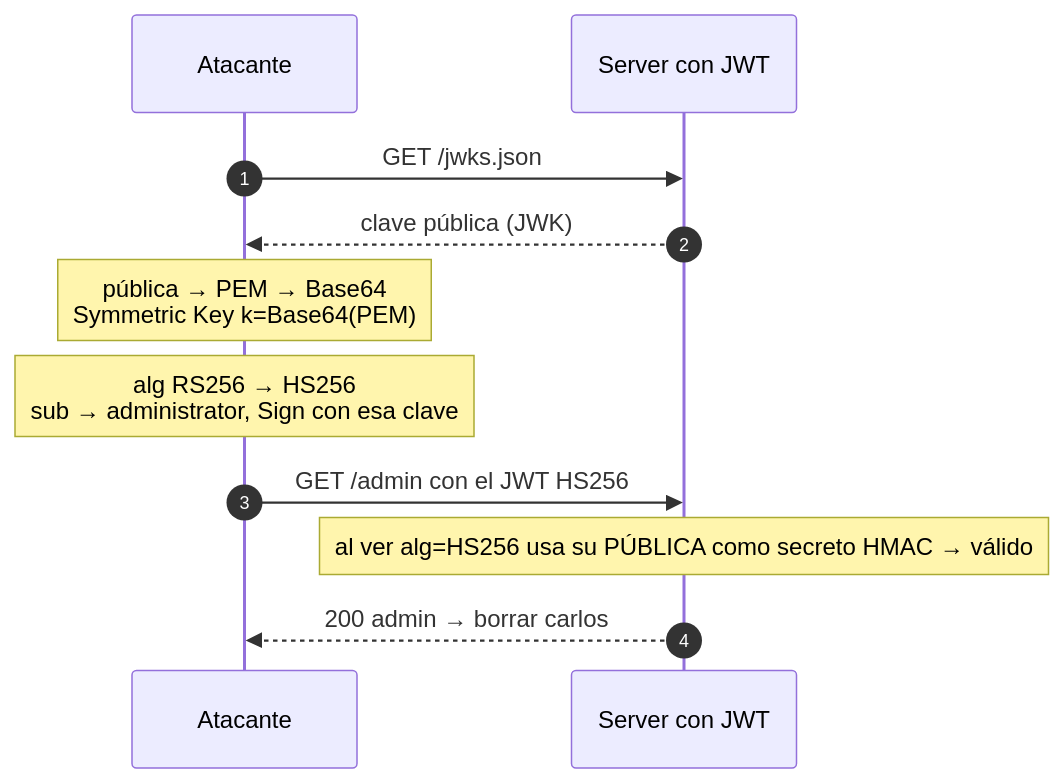
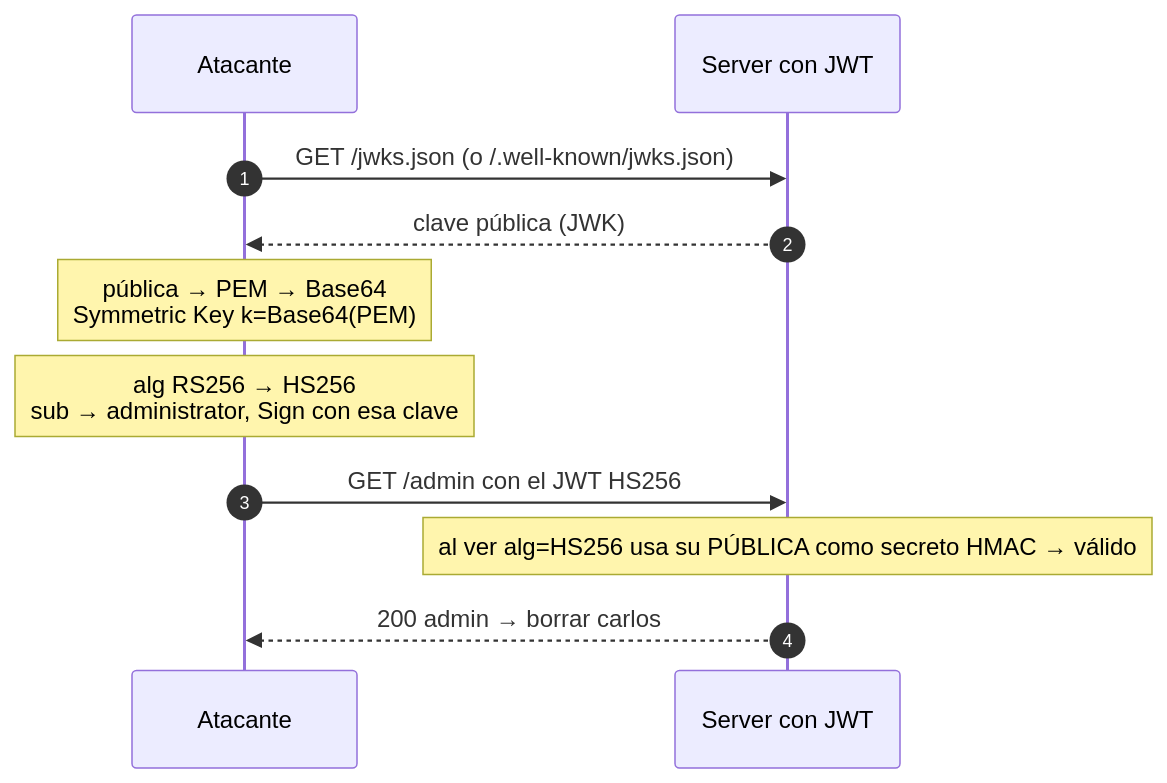
The diagram in vulnerabilities/018-jwt-attacks/examples/007-algorithm-confusion.md (octavio1243/burpsuite-academy), drawn with Mermaid before and after one commit. The commit also changed other lines of this file and 1 other file, not shown here.

````diff
--- a/vulnerabilities/018-jwt-attacks/examples/007-algorithm-confusion.md
+++ b/vulnerabilities/018-jwt-attacks/examples/007-algorithm-confusion.md
@@ -32,13 +32,13 @@
 ```mermaid
 sequenceDiagram
     autonumber
     participant At as Atacante
     participant S as Server con JWT
-    At->>S: GET /jwks.json
+    At->>S: GET /jwks.json  (o /.well-known/jwks.json)
     S-->>At: clave pública (JWK)
     Note over At: pública → PEM → Base64<br/>Symmetric Key k=Base64(PEM)
     Note over At: alg RS256 → HS256<br/>sub → administrator, Sign con esa clave
     At->>S: GET /admin con el JWT HS256
     Note over S: al ver alg=HS256 usa su PÚBLICA como secreto HMAC → válido
     S-->>At: 200 admin → borrar carlos
 ```
````
